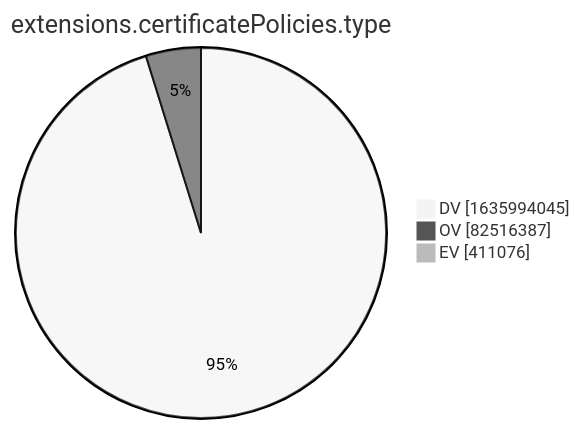
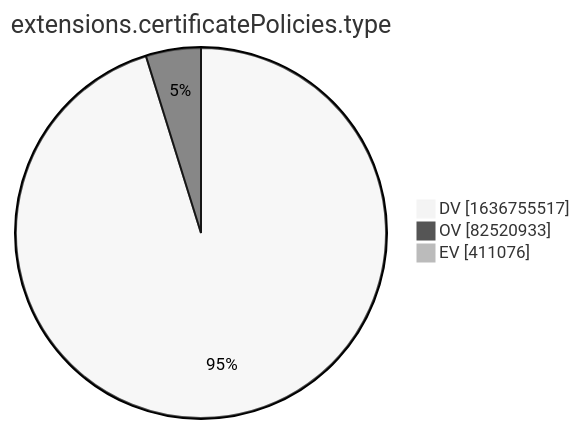
The tenth of 15 diagrams in xenon2022/README.md (christiankrug/ctmonitor_visualization), drawn with Mermaid (neutral theme) before and after one commit. The commit also changed other lines of this file, not shown here.

````diff
--- a/xenon2022/README.md
+++ b/xenon2022/README.md
@@ -2879,7 +2879,7 @@
 ```mermaid
 pie showData
 title extensions.certificatePolicies.type
-"DV" :1635994045
-"OV" :82516387
+"DV" :1636755517
+"OV" :82520933
 "EV" :411076
 ```
````
